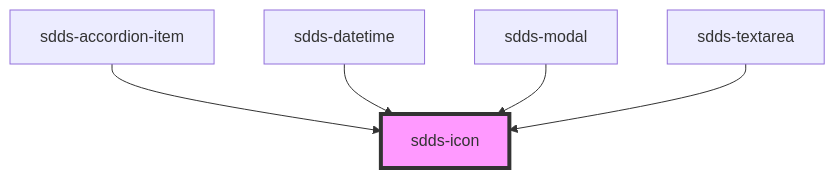
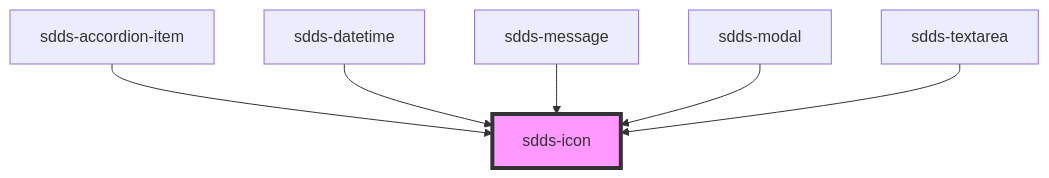
Before and after one commit to scania-digital-design-system/sdds: the diagram in tegel/src/components/icon/readme.md, drawn with Mermaid. The commit also changed other lines of this file and 5 other files, not shown here.

````diff
--- a/tegel/src/components/icon/readme.md
+++ b/tegel/src/components/icon/readme.md
@@ -24,8 +25,9 @@
 ```mermaid
 graph TD;
   sdds-accordion-item --> sdds-icon
   sdds-datetime --> sdds-icon
+  sdds-message --> sdds-icon
   sdds-modal --> sdds-icon
   sdds-textarea --> sdds-icon
   style sdds-icon fill:#f9f,stroke:#333,stroke-width:4px
 ```
````
